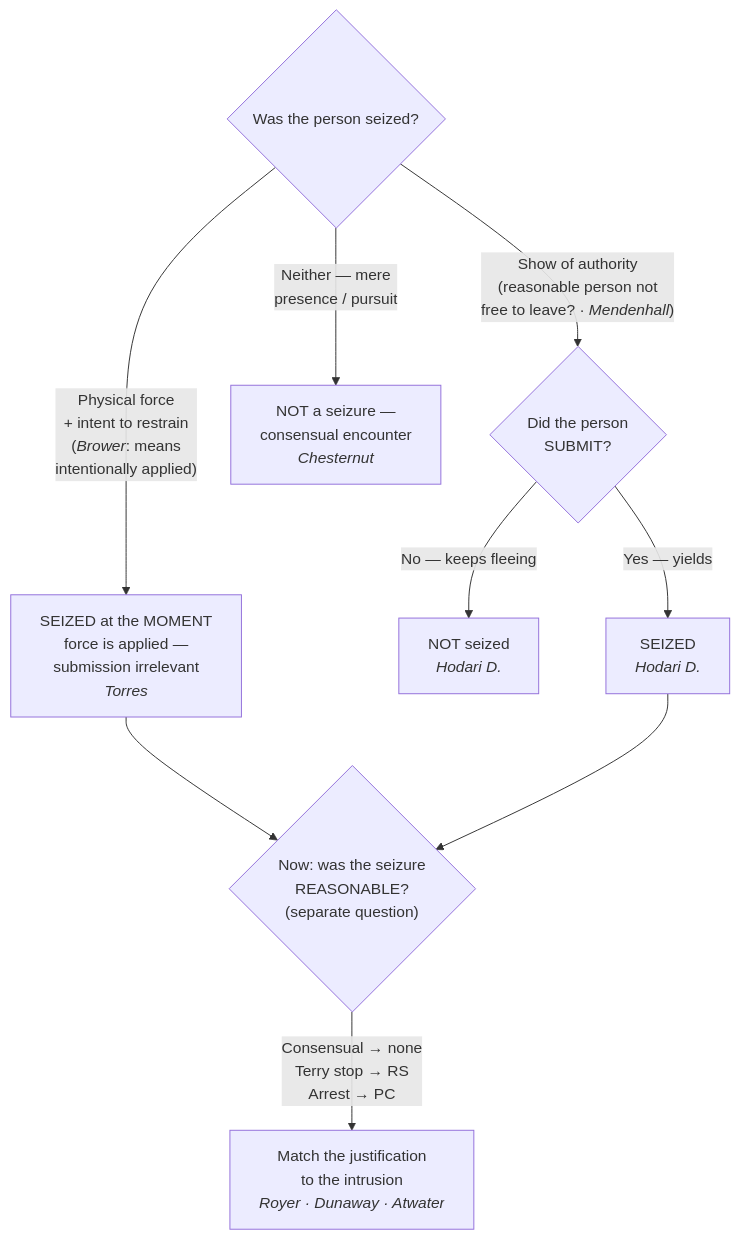
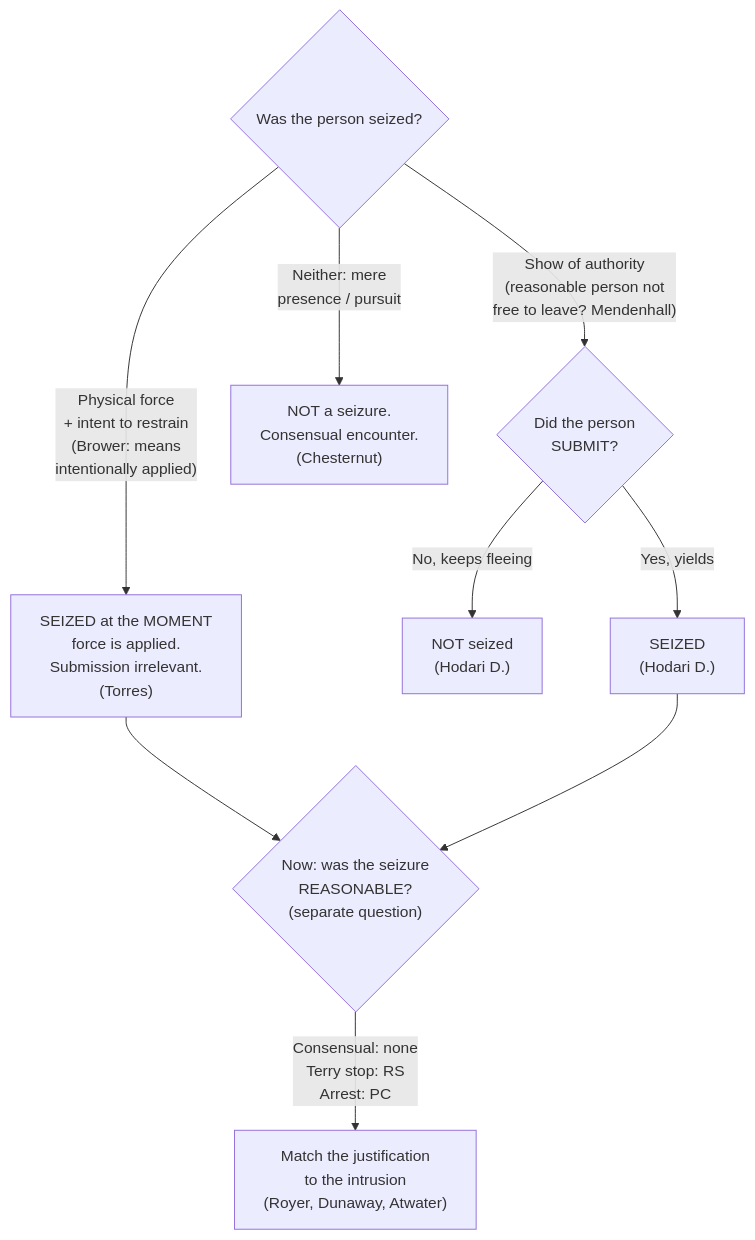
Before and after one commit to Enragedsaturday/enragedsaturday.github.io: the diagram in content/seizures/Seizure of the Person.md, drawn with Mermaid. The commit also changed other lines of this file and 11 other files, not shown here.

````diff
--- a/content/seizures/Seizure of the Person.md
+++ b/content/seizures/Seizure of the Person.md
@@ -107,12 +125,12 @@
 ```mermaid
 flowchart TD
   Q{"Was the person seized?"}
-  Q -->|"Physical force<br/>+ intent to restrain<br/>(<i>Brower</i>: means<br/>intentionally applied)"| F["SEIZED at the MOMENT<br/>force is applied —<br/>submission irrelevant<br/><i>Torres</i>"]
-  Q -->|"Show of authority<br/>(reasonable person not<br/>free to leave? · <i>Mendenhall</i>)"| A{"Did the person<br/>SUBMIT?"}
-  Q -->|"Neither — mere<br/>presence / pursuit"| C["NOT a seizure —<br/>consensual encounter<br/><i>Chesternut</i>"]
-  A -->|"No — keeps fleeing"| N["NOT seized<br/><i>Hodari D.</i>"]
-  A -->|"Yes — yields"| S["SEIZED<br/><i>Hodari D.</i>"]
+  Q -->|"Physical force<br/>+ intent to restrain<br/>(Brower: means<br/>intentionally applied)"| F["SEIZED at the MOMENT<br/>force is applied.<br/>Submission irrelevant.<br/>(Torres)"]
+  Q -->|"Show of authority<br/>(reasonable person not<br/>free to leave? Mendenhall)"| A{"Did the person<br/>SUBMIT?"}
+  Q -->|"Neither: mere<br/>presence / pursuit"| C["NOT a seizure.<br/>Consensual encounter.<br/>(Chesternut)"]
+  A -->|"No, keeps fleeing"| N["NOT seized<br/>(Hodari D.)"]
+  A -->|"Yes, yields"| S["SEIZED<br/>(Hodari D.)"]
   F --> R{"Now: was the seizure<br/>REASONABLE?<br/>(separate question)"}
   S --> R
-  R -->|"Consensual → none<br/>Terry stop → RS<br/>Arrest → PC"| LVL["Match the justification<br/>to the intrusion<br/><i>Royer · Dunaway · Atwater</i>"]
+  R -->|"Consensual: none<br/>Terry stop: RS<br/>Arrest: PC"| LVL["Match the justification<br/>to the intrusion<br/>(Royer, Dunaway, Atwater)"]
 ```
````
